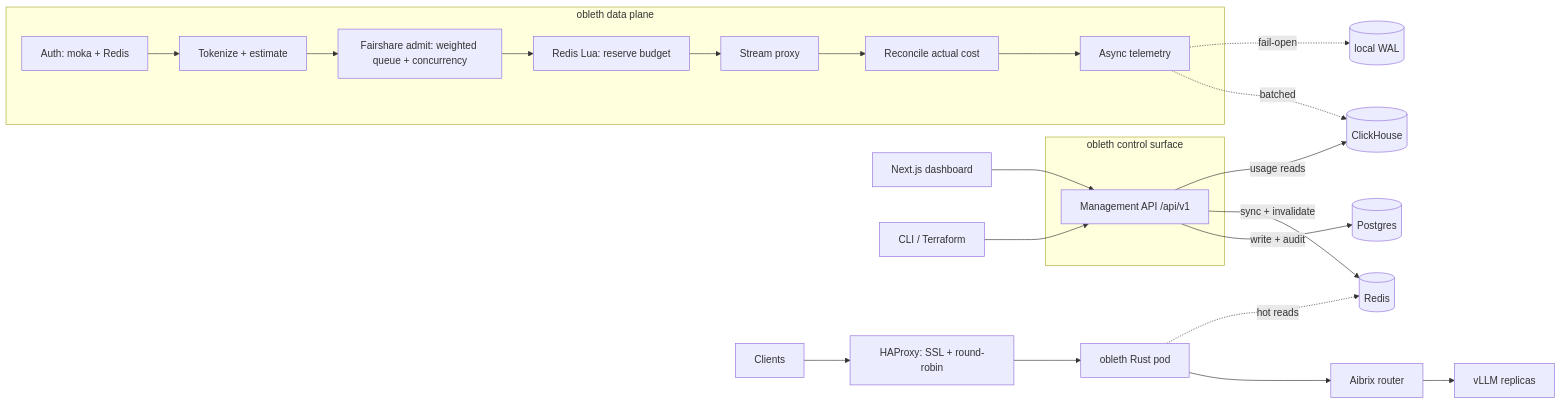
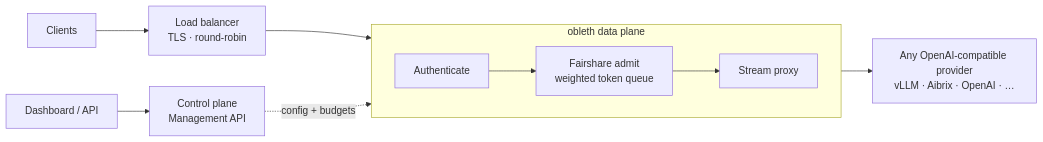
The diagram in README.md (thediymaker/obleth-gateway), drawn with Mermaid before and after one commit. The commit also changed other lines of this file, not shown here.

````diff
--- a/README.md
+++ b/README.md
@@ -29,25 +46,15 @@
 ```mermaid
 flowchart LR
-  client[Clients] --> haproxy[HAProxy: SSL + round-robin]
-  haproxy --> obleth[obleth Rust pod]
-  subgraph dataplane [obleth data plane]
-    auth[Auth: moka + Redis] --> est[Tokenize + estimate]
-    est --> admit[Fairshare admit: weighted queue + concurrency]
-    admit --> reserve[Redis Lua: reserve budget]
-    reserve --> proxy[Stream proxy]
-    proxy --> recon[Reconcile actual cost]
-    recon --> telem[Async telemetry]
+  clients[Clients] --> lb[Load balancer<br/>TLS · round-robin]
+  lb --> obleth
+
+  subgraph obleth [obleth data plane]
+    direction LR
+    authz[Authenticate] --> fair[Fairshare admit<br/>weighted token queue] --> stream[Stream proxy]
   end
-  obleth --> aibrix[Aibrix router] --> vllm[vLLM replicas]
-  obleth -. hot reads .-> redis[(Redis)]
-  telem -. batched .-> ch[(ClickHouse)]
-  telem -. fail-open .-> wal[(local WAL)]
-  subgraph control [obleth control surface]
-    api["Management API /api/v1"]
-  end
-  cp[Next.js dashboard] --> api
-  cli[CLI / Terraform] --> api
-  api -- write + audit --> pg[(Postgres)]
-  api -- sync + invalidate --> redis
-  api -- usage reads --> ch
+
+  obleth --> provider[Any OpenAI-compatible provider<br/>vLLM · Aibrix · OpenAI · …]
+
+  dash[Dashboard / API] --> control[Control plane<br/>Management API]
+  control -. config + budgets .-> obleth
 ```
````
